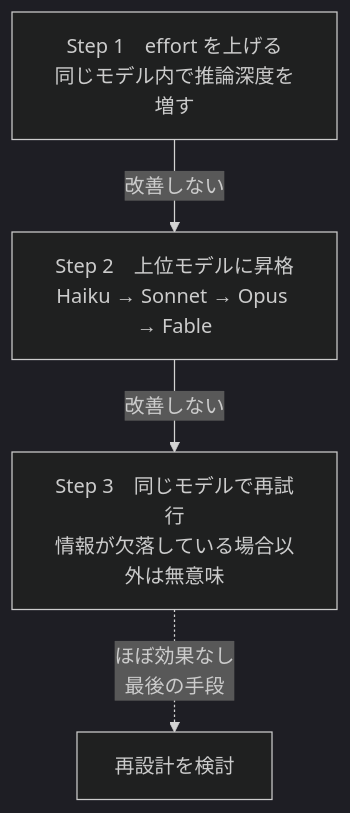
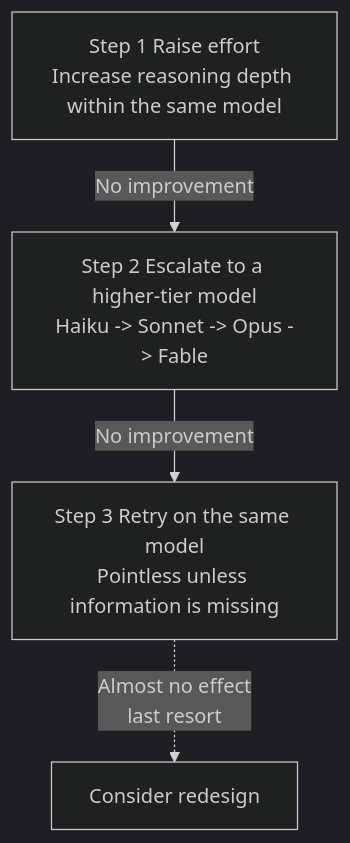
One commit to AbdullahMufti/ccao-f-guide changed the seventh of 19 diagrams in guide.md. Above: the diagram before and after it, drawn with Mermaid (dark theme). The commit also changed other lines of this file and 3 other files, not shown here.

````diff
--- a/guide.md
+++ b/guide.md
@@ -524,9 +525,9 @@
 ```mermaid
 flowchart TD
-    S1["Step 1　effort を上げる<br/>同じモデル内で推論深度を増す"]
-    S2["Step 2　上位モデルに昇格<br/>Haiku → Sonnet → Opus → Fable"]
-    S3["Step 3　同じモデルで再試行<br/>情報が欠落している場合以外は無意味"]
-    S1 -->|"改善しない"| S2
-    S2 -->|"改善しない"| S3
-    S3 -.->|"ほぼ効果なし<br/>最後の手段"| END["再設計を検討"]
+    S1["Step 1 Raise effort<br/>Increase reasoning depth within the same model"]
+    S2["Step 2 Escalate to a higher-tier model<br/>Haiku -> Sonnet -> Opus -> Fable"]
+    S3["Step 3 Retry on the same model<br/>Pointless unless information is missing"]
+    S1 -->|"No improvement"| S2
+    S2 -->|"No improvement"| S3
+    S3 -.->|"Almost no effect<br/>last resort"| END["Consider redesign"]
 ```
````
